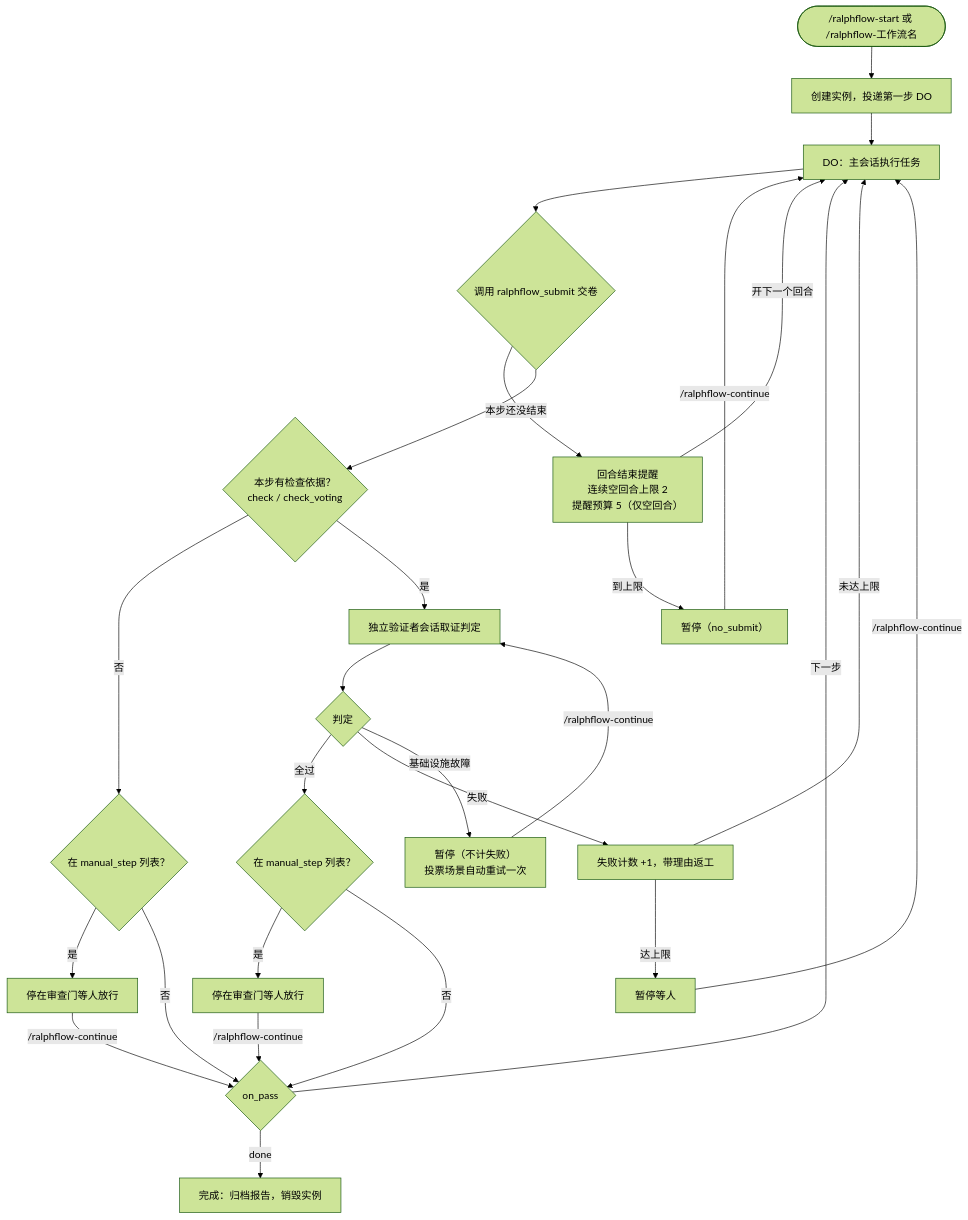
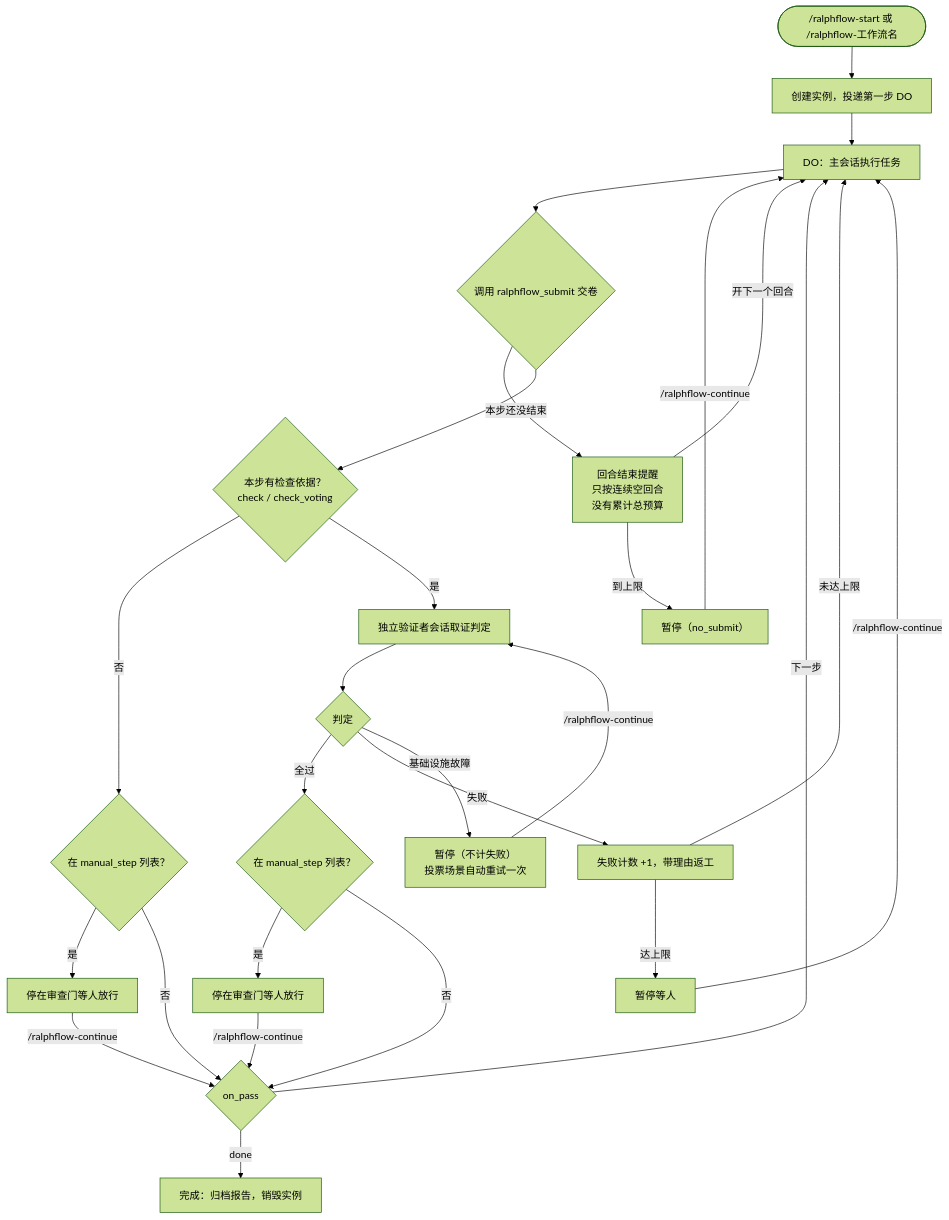
The first of 3 diagrams in README.md (534529531/ralph-flow-dsh), drawn with Mermaid (forest theme) before and after one commit. The commit also changed other lines of this file and 18 other files, not shown here.

````diff
--- a/README.md
+++ b/README.md
@@ -29,29 +29,29 @@
 ```mermaid
 flowchart TD
     Start(["/ralphflow-start 或 /ralphflow-工作流名"]) --> Inst["创建实例，投递第一步 DO"]
     Inst --> DO["DO：主会话执行任务"]
     DO --> Submit{"调用 ralphflow_submit 交卷"}
-    Submit -->|"本步还没结束"| Remind["回合结束提醒<br/>连续空回合上限 2<br/>提醒预算 5（仅空回合）"]
+    Submit -->|"本步还没结束"| Remind["回合结束提醒<br/>只按连续空回合<br/>没有累计总预算"]
     Remind -->|"到上限"| NoSubmit["暂停（no_submit）"]
     Remind -->|"开下一个回合"| DO
     Submit --> HasCheck{"本步有检查依据？<br/>check / check_voting"}
     HasCheck -->|"否"| Manual2{"在 manual_step 列表？"}
     Manual2 -->|"是"| Review2["停在审查门等人放行"]
     Manual2 -->|"否"| Next
     HasCheck -->|"是"| Check["独立验证者会话取证判定"]
     Check --> Verdict{"判定"}
     Verdict -->|"全过"| Gate{"在 manual_step 列表？"}
     Gate -->|"是"| Review["停在审查门等人放行"]
     Gate -->|"否"| Next{"on_pass"}
     Verdict -->|"失败"| Fail["失败计数 +1，带理由返工"]
     Verdict -->|"基础设施故障"| Infra["暂停（不计失败）<br/>投票场景自动重试一次"]
     Fail -->|"未达上限"| DO
     Fail -->|"达上限"| Pause["暂停等人"]
     Review -->|"/ralphflow-continue"| Next
     Review2 -->|"/ralphflow-continue"| Next
     Infra -->|"/ralphflow-continue"| Check
     NoSubmit -->|"/ralphflow-continue"| DO
     Pause -->|"/ralphflow-continue"| DO
     Next -->|"下一步"| DO
     Next -->|"done"| Complete["完成：归档报告，销毁实例"]
 ```
````
